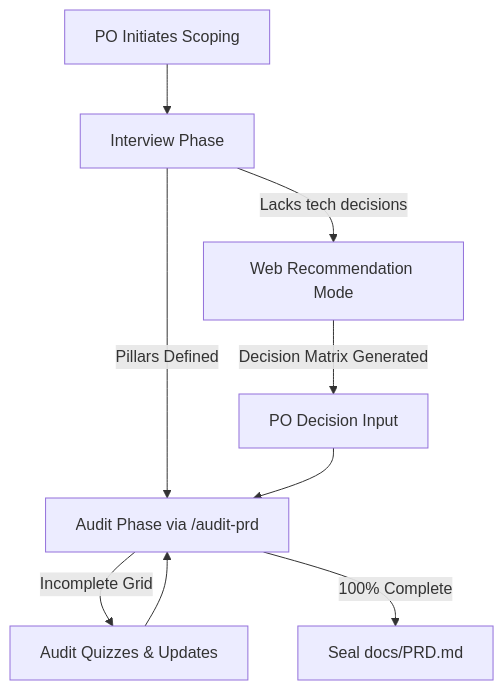
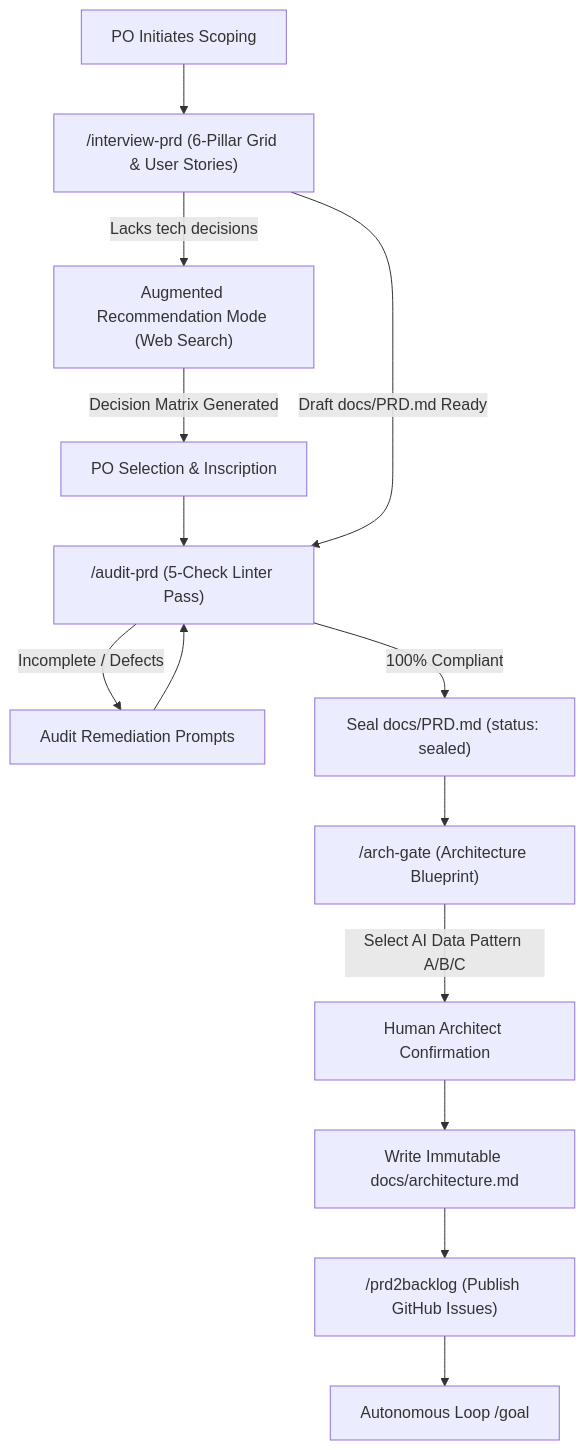
One commit to lambertaurelle/autonomous-developer-suite changed the diagram in .agents/workflows/interview-prd.md. Above: the diagram before and after it, drawn with Mermaid. The commit also changed other lines of this file and 19 other files, not shown here.

````diff
--- a/.agents/workflows/interview-prd.md
+++ b/.agents/workflows/interview-prd.md
@@ -4,11 +4,16 @@
 ```mermaid
 graph TD
-    A[PO Initiates Scoping] --> B[Interview Phase]
-    B -->|Lacks tech decisions| C[Web Recommendation Mode]
-    C -->|Decision Matrix Generated| D[PO Decision Input]
-    B -->|Pillars Defined| E[Audit Phase via /audit-prd]
-    D --> E
-    E -->|Incomplete Grid| F[Audit Quizzes & Updates]
+    A[PO Initiates Scoping] --> B["/interview-prd (6-Pillar Grid & User Stories)"]
+    B -->|Lacks tech decisions| C["Augmented Recommendation Mode (Web Search)"]
+    C -->|Decision Matrix Generated| D[PO Selection & Inscription]
+    D --> E["/audit-prd (5-Check Linter Pass)"]
+    B -->|Draft docs/PRD.md Ready| E
+    E -->|Incomplete / Defects| F[Audit Remediation Prompts]
     F --> E
-    E -->|100% Complete| G[Seal docs/PRD.md]
+    E -->|100% Compliant| G["Seal docs/PRD.md (status: sealed)"]
+    G --> H["/arch-gate (Architecture Blueprint)"]
+    H -->|Select AI Data Pattern A/B/C| I[Human Architect Confirmation]
+    I --> J["Write Immutable docs/architecture.md"]
+    J --> K["/prd2backlog (Publish GitHub Issues)"]
+    K --> L["Autonomous Loop /goal"]
 ```
````
